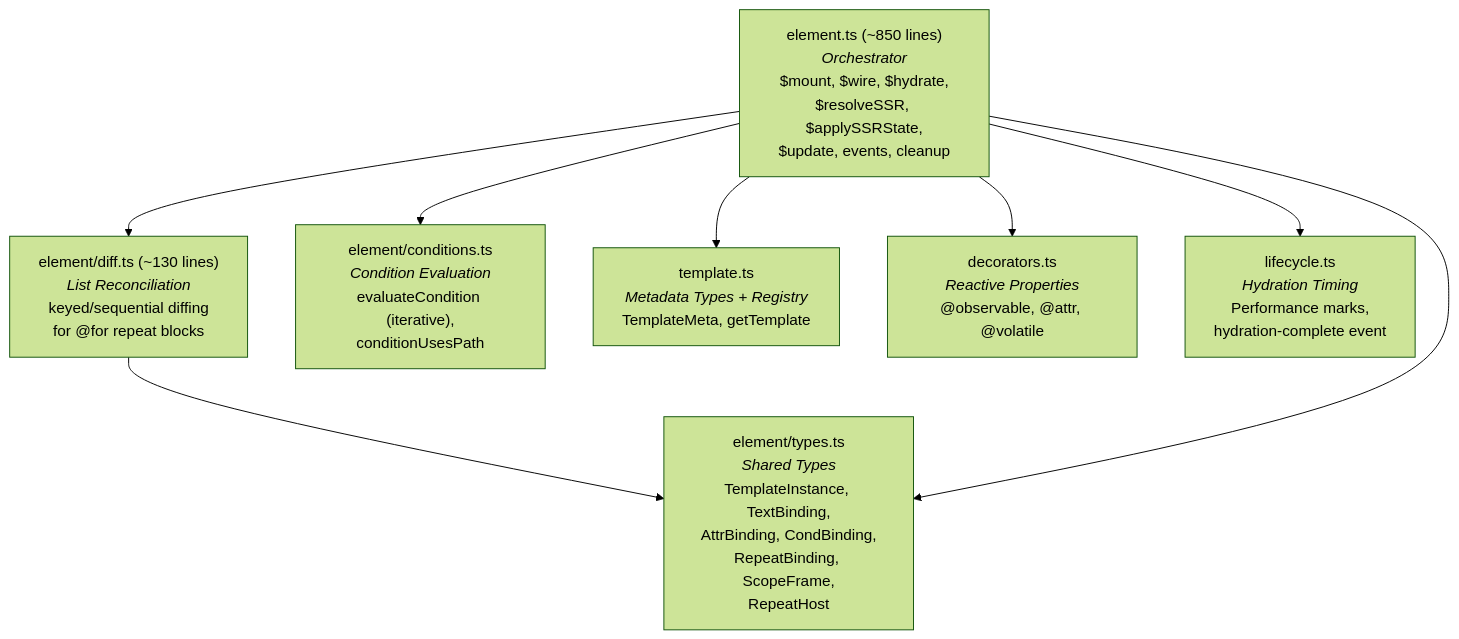
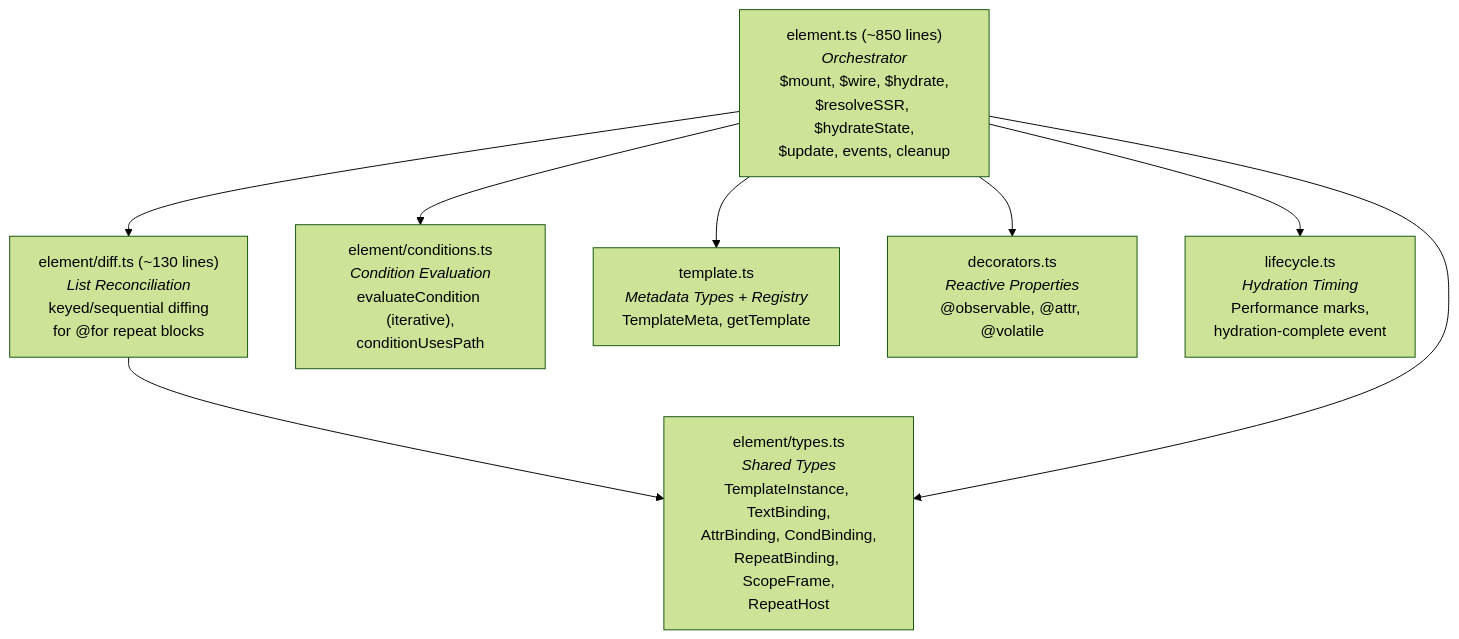
Before and after one commit to microsoft/webui: the second of 7 diagrams in packages/webui-framework/README.md, drawn with Mermaid (forest theme). The commit also changed other lines of this file and 60 other files, not shown here.

````diff
--- a/packages/webui-framework/README.md
+++ b/packages/webui-framework/README.md
@@ -348,24 +354,24 @@
 ```mermaid
 graph TD
-    EL["element.ts (~850 lines)<br/><i>Orchestrator</i><br/>$mount, $wire, $hydrate,<br/>$resolveSSR, $applySSRState,<br/>$update, events, cleanup"]
+    EL["element.ts (~850 lines)<br/><i>Orchestrator</i><br/>$mount, $wire, $hydrate,<br/>$resolveSSR, $hydrateState,<br/>$update, events, cleanup"]
 
     DIFF["element/diff.ts (~130 lines)<br/><i>List Reconciliation</i><br/>keyed/sequential diffing<br/>for @for repeat blocks"]
 
     COND["element/conditions.ts<br/><i>Condition Evaluation</i><br/>evaluateCondition (iterative),<br/>conditionUsesPath"]
 
     TYPES["element/types.ts<br/><i>Shared Types</i><br/>TemplateInstance, TextBinding,<br/>AttrBinding, CondBinding,<br/>RepeatBinding, ScopeFrame,<br/>RepeatHost"]
 
     TMPL["template.ts<br/><i>Metadata Types + Registry</i><br/>TemplateMeta, getTemplate"]
 
     DEC["decorators.ts<br/><i>Reactive Properties</i><br/>@observable, @attr, @volatile"]
 
     LIFE["lifecycle.ts<br/><i>Hydration Timing</i><br/>Performance marks,<br/>hydration-complete event"]
 
     EL --> DIFF
     EL --> COND
     EL --> TMPL
     EL --> DEC
     EL --> LIFE
     DIFF --> TYPES
     EL --> TYPES
 ```
````
